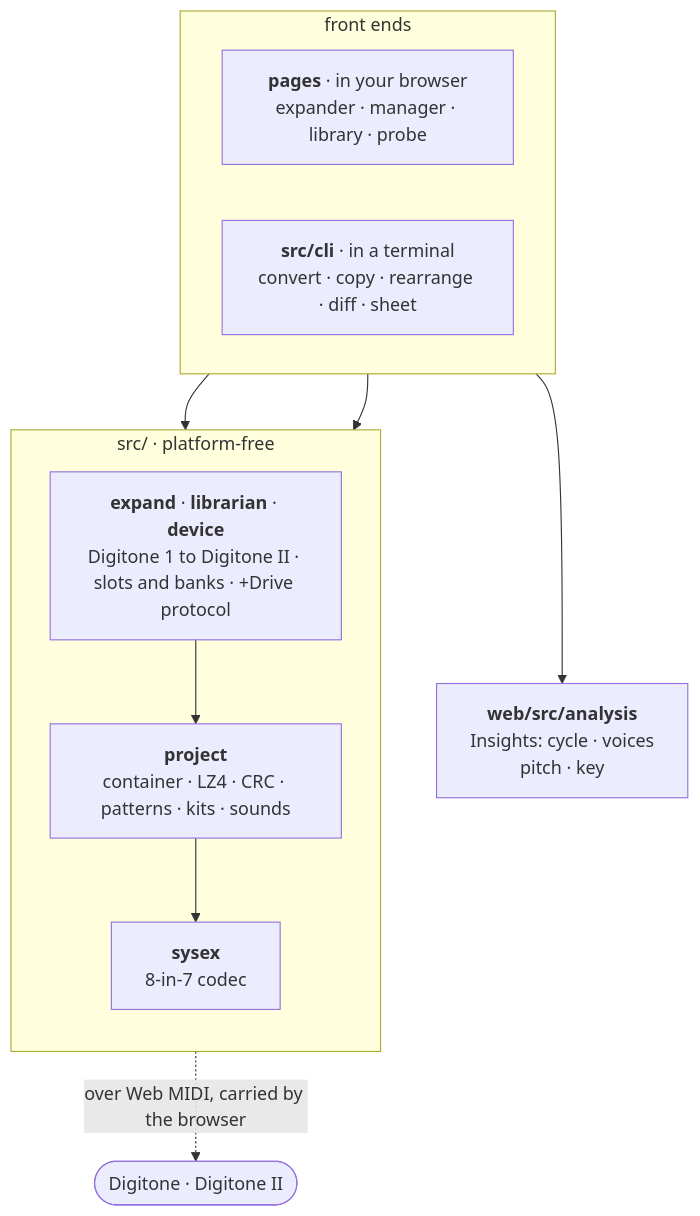
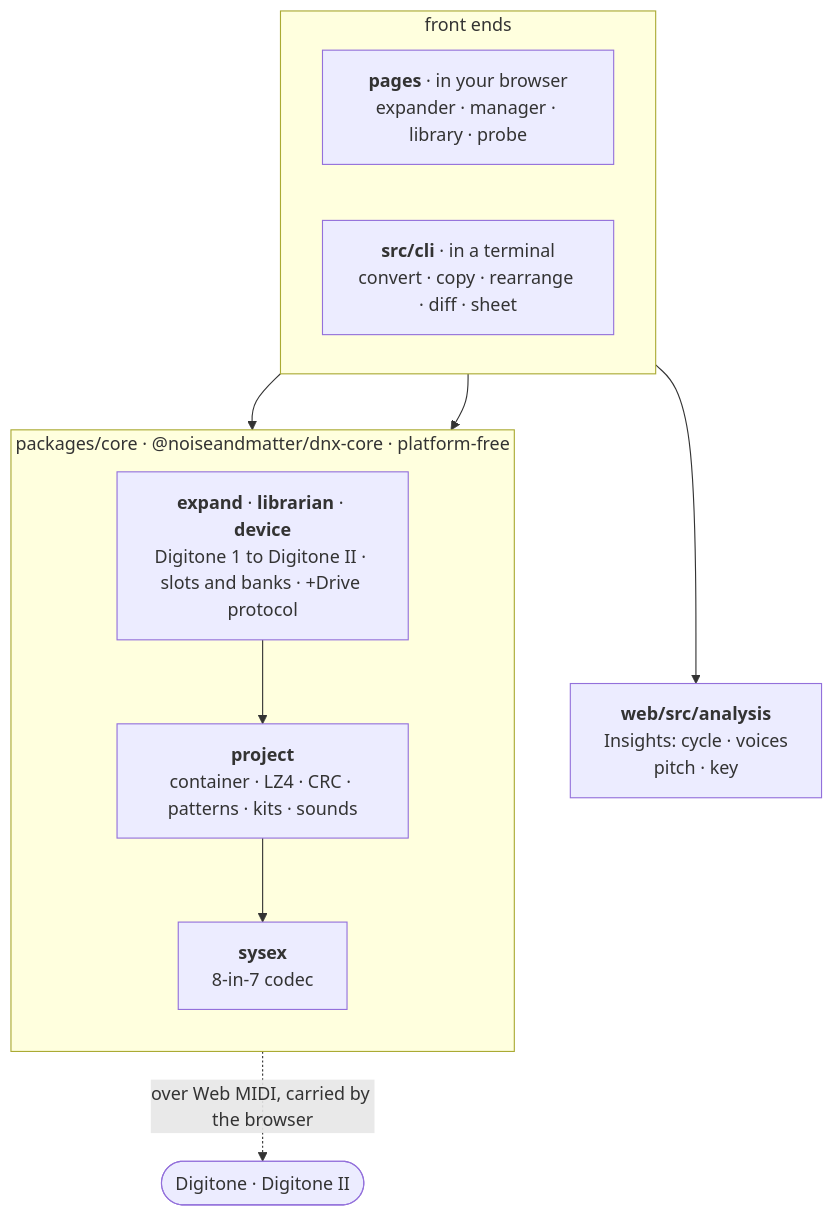
The diagram in README.md (NoiseAndMatter/DNX), drawn with Mermaid before and after one commit. The commit also changed other lines of this file and 307 other files, not shown here.

````diff
--- a/README.md
+++ b/README.md
@@ -122,25 +128,25 @@
 ```mermaid
 flowchart TD
   subgraph FE["front ends"]
     direction LR
     P["<b>pages</b> · in your browser<br/>expander · manager · library · probe"]
     C["<b>src/cli</b> · in a terminal<br/>convert · copy · rearrange · diff · sheet"]
   end
 
   A["<b>web/src/analysis</b><br/>Insights: cycle · voices<br/>pitch · key"]
 
-  subgraph CORE["src/ · platform-free"]
+  subgraph CORE["packages/core · @noiseandmatter/dnx-core · platform-free"]
     direction TB
     OPS["<b>expand</b> · <b>librarian</b> · <b>device</b><br/>Digitone 1 to Digitone II · slots and banks · +Drive protocol"]
     J["<b>project</b><br/>container · LZ4 · CRC · patterns · kits · sounds"]
     Y["<b>sysex</b><br/>8-in-7 codec"]
     OPS --> J --> Y
   end
 
   I(["Digitone · Digitone II"])
 
   P --> A
   P --> OPS
   C --> OPS
   Y -. "over Web MIDI, carried by the browser" .-> I
 ```
````
